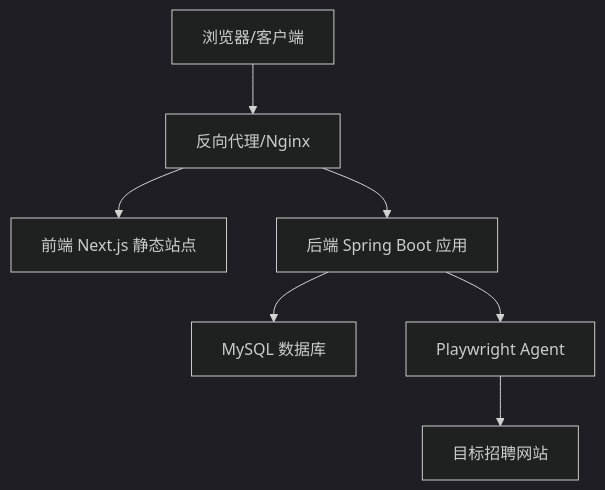
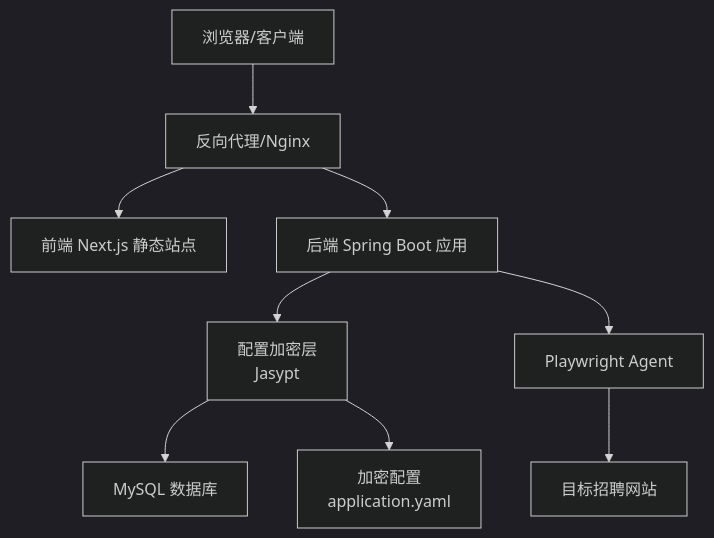
The second of 7 diagrams in .qoder/repowiki/zh/content/部署运维/部署运维.md (xulingfeng931027/get_jobs), drawn with Mermaid (dark theme) before and after one commit. The commit also changed other lines of this file and 74 other files, not shown here.

````diff
--- a/.qoder/repowiki/zh/content/部署运维/部署运维.md
+++ b/.qoder/repowiki/zh/content/部署运维/部署运维.md
@@ -131,9 +160,11 @@
 ```mermaid
 graph TB
 Client["浏览器/客户端"] --> Nginx["反向代理/Nginx"]
 Nginx --> FE["前端 Next.js 静态站点"]
 Nginx --> BE["后端 Spring Boot 应用"]
-BE --> DB["MySQL 数据库"]
+BE --> EncLayer["配置加密层<br/>Jasypt"]
 BE --> PW["Playwright Agent"]
 PW --> TargetSites["目标招聘网站"]
+EncLayer --> DB["MySQL 数据库"]
+EncLayer --> Config["加密配置<br/>application.yaml"]
 ```
````
